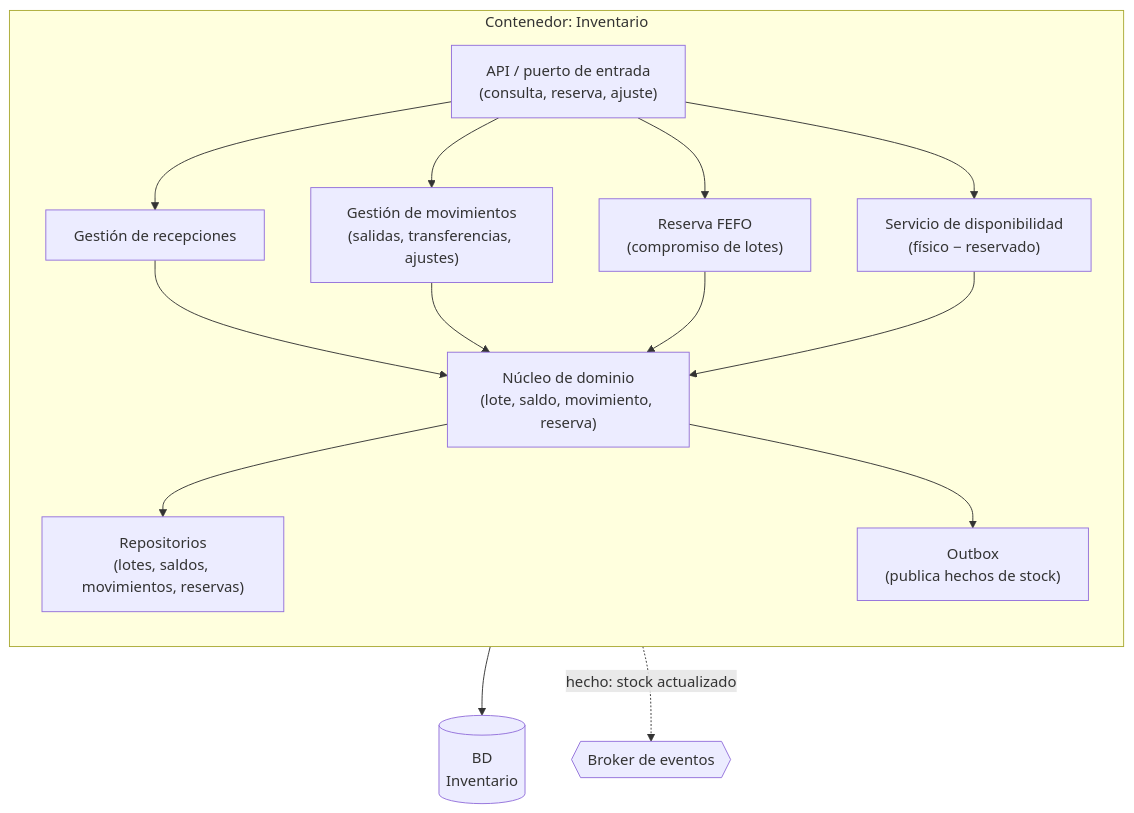
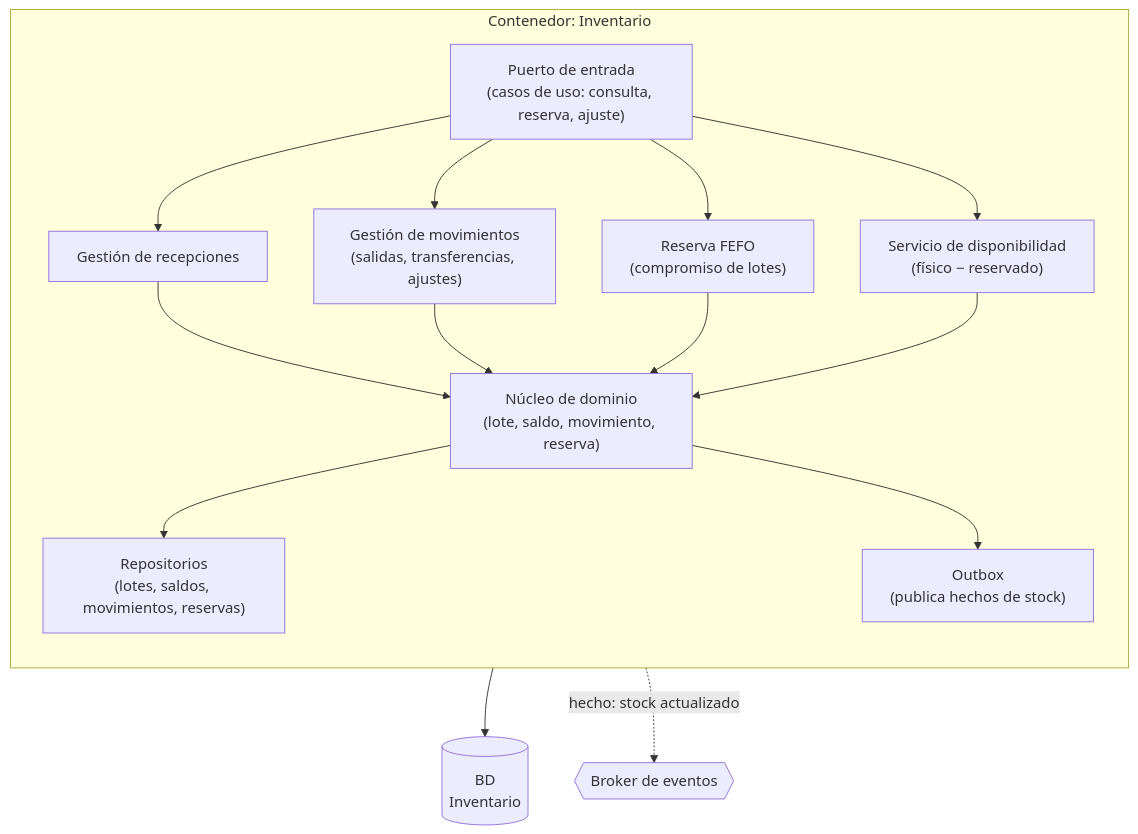
Before and after one commit to asmunozv/Deber2: the diagram in docs/diagrams/c4-componente-inventario.mmd, drawn with Mermaid.

Commit message:
Ajusta C4 Inventario al alcance conceptual

```diff
--- a/docs/diagrams/c4-componente-inventario.mmd
+++ b/docs/diagrams/c4-componente-inventario.mmd
@@ -1,42 +1,42 @@
 flowchart TB
     %% ============================================================
     %% C4 — Nivel 3: Componentes del contenedor Inventario
     %% ============================================================
 
     subgraph INV["Contenedor: Inventario"]
         direction TB
 
-        API["API / puerto de entrada<br/>(consulta, reserva, ajuste)"]
+        PORT["Puerto de entrada<br/>(casos de uso: consulta, reserva, ajuste)"]
 
         REC["Gestión de recepciones"]
         MOV["Gestión de movimientos<br/>(salidas, transferencias, ajustes)"]
         RES["Reserva FEFO<br/>(compromiso de lotes)"]
         DISP["Servicio de disponibilidad<br/>(físico − reservado)"]
 
         DOM["Núcleo de dominio<br/>(lote, saldo, movimiento, reserva)"]
 
         OUT["Outbox<br/>(publica hechos de stock)"]
 
         REPO["Repositorios<br/>(lotes, saldos, movimientos, reservas)"]
     end
 
     DB[("BD<br/>Inventario")]
 
     %% Puertos de entrada
-    API --> REC
-    API --> MOV
-    API --> RES
-    API --> DISP
+    PORT --> REC
+    PORT --> MOV
+    PORT --> RES
+    PORT --> DISP
 
     %% Todos los casos de uso pasan por el dominio
     REC --> DOM
     MOV --> DOM
     RES --> DOM
     DISP --> DOM
 
     %% Persistencia y publicación
     DOM --> REPO
     REPO --> DB
     DOM --> OUT
 
     OUT -. "hecho: stock actualizado" .-> BROKER{{"Broker de eventos"}}
```
